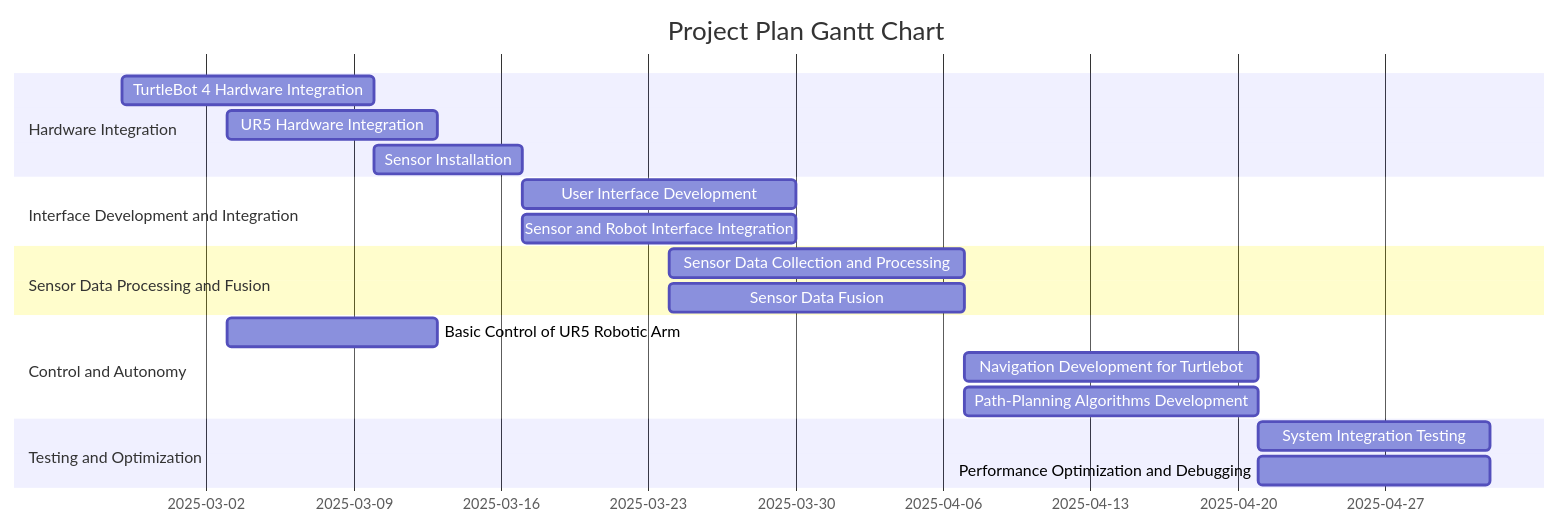
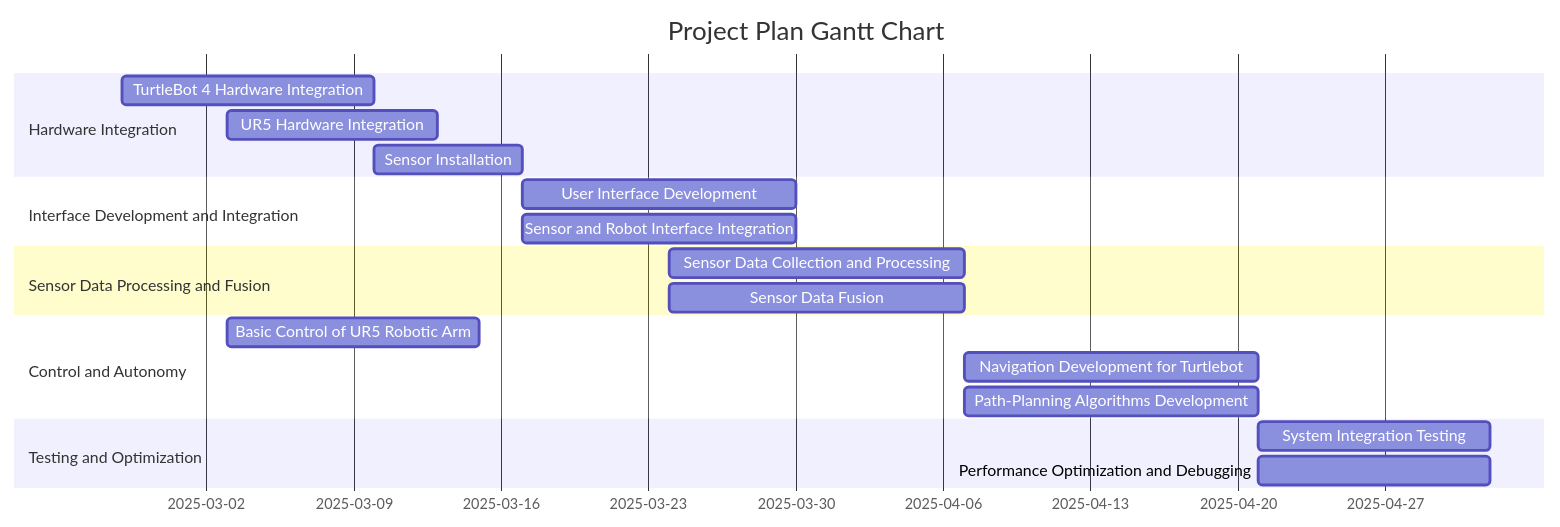
One commit to RAS598-2025-S-Team12/RAS598-2025-S-Team12.github.io changed the diagram in docs/timeline.md. Above: the diagram before and after it, drawn with Mermaid.

````diff
--- a/docs/timeline.md
+++ b/docs/timeline.md
@@ -6,31 +6,31 @@
 ``` mermaid
 
 gantt
     title Project Plan Gantt Chart
     dateFormat  YYYY-MM-DD
 
     section Hardware Integration
     TurtleBot 4 Hardware Integration               :task2_1, 2025-02-26, 2025-03-10
     UR5 Hardware Integration                       :task2_2, 2025-03-03, 2025-03-13
     Sensor Installation          :task2_3, 2025-03-10, 2025-03-17
 
     section Interface Development and Integration
     User Interface Development:task3_1, 2025-03-17, 2025-03-30
     Sensor and Robot Interface Integration          :task3_2, 2025-03-17, 2025-03-30
 
     section Sensor Data Processing and Fusion
     Sensor Data Collection and Processing           :task4_1, 2025-03-24, 2025-04-07
     Sensor Data Fusion                              :task4_2, 2025-03-24, 2025-04-07
 
     section Control and Autonomy 
-    Basic Control of UR5 Robotic Arm               :task5_1, 2025-03-03, 2025-03-13
+    Basic Control of UR5 Robotic Arm               :task5_1, 2025-03-03, 2025-03-15
     Navigation Development for Turtlebot                 :task5_2, 2025-04-07, 2025-04-21
     Path-Planning Algorithms Development                 :task5_3, 2025-04-07, 2025-04-21
 
     section Testing and Optimization
     System Integration Testing                     :task6_1, 2025-04-21, 2025-05-02
     Performance Optimization and Debugging         :task6_2, 2025-04-21, 2025-05-02
 
 
 
 ```
````
